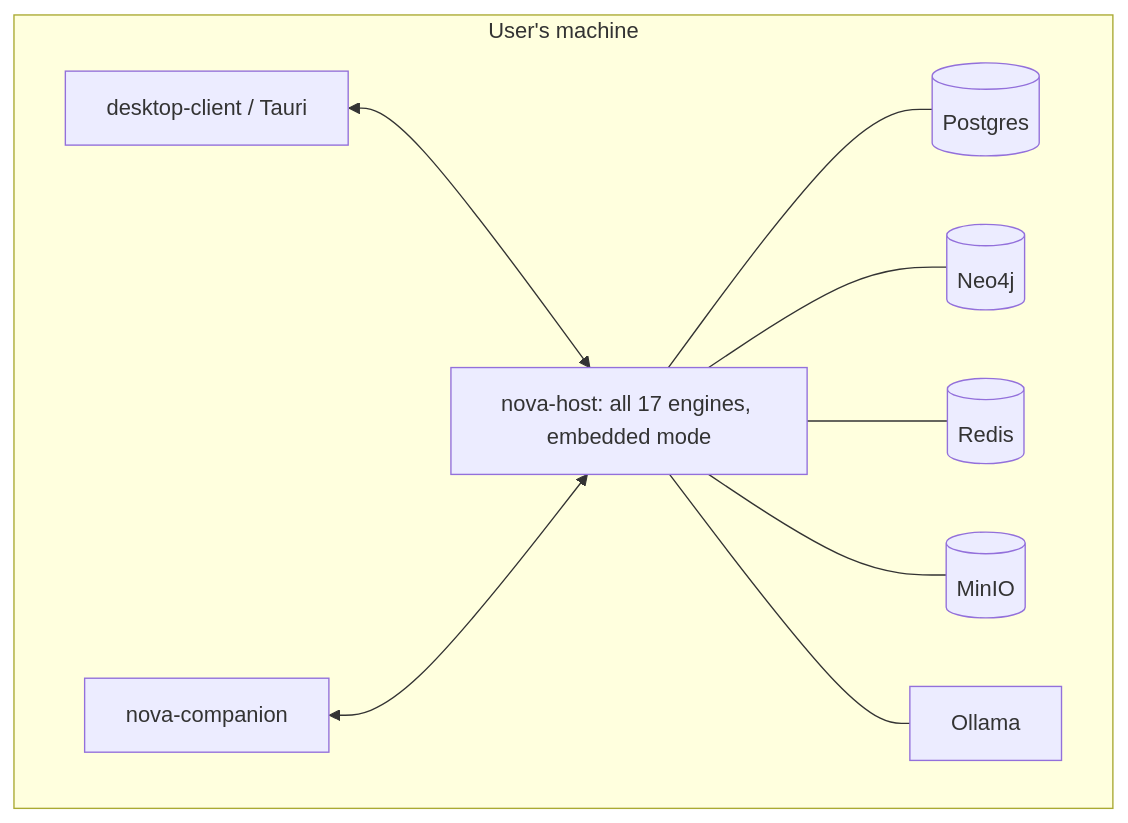
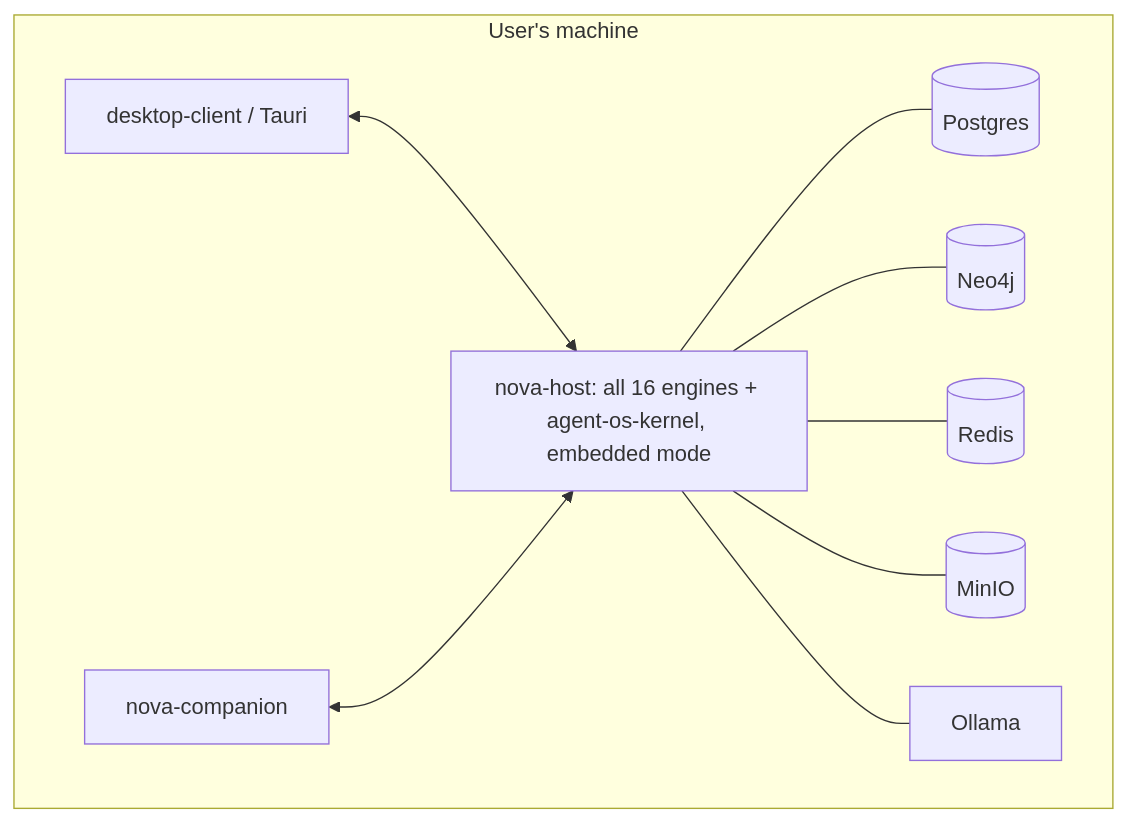
One commit to Tudor191/NOVA-PROJECT-BIBLE changed the first of 2 diagrams in docs/architecture/14-deployment-architecture.md. Above: the diagram before and after it, drawn with Mermaid. The commit also changed other lines of this file and 13 other files, not shown here.

First line of the commit message:
Elevate Event Bus, Graph Store, and Agent Orchestrator to explicit abstractions

````diff
--- a/docs/architecture/14-deployment-architecture.md
+++ b/docs/architecture/14-deployment-architecture.md
@@ -16,20 +16,20 @@
 ```mermaid
 flowchart TB
     subgraph "User's machine"
     Desktop[desktop-client / Tauri]
     Companion[nova-companion]
-    Host[nova-host: all 17 engines, embedded mode]
+    Host[nova-host: all 16 engines + agent-os-kernel, embedded mode]
     PG[(Postgres)]
     Neo[(Neo4j)]
     Redis[(Redis)]
     Minio[(MinIO)]
     Ollama[Ollama]
     end
     Desktop <--> Host
     Companion <--> Host
     Host --- PG
     Host --- Neo
     Host --- Redis
     Host --- Minio
     Host --- Ollama
 ```
````
